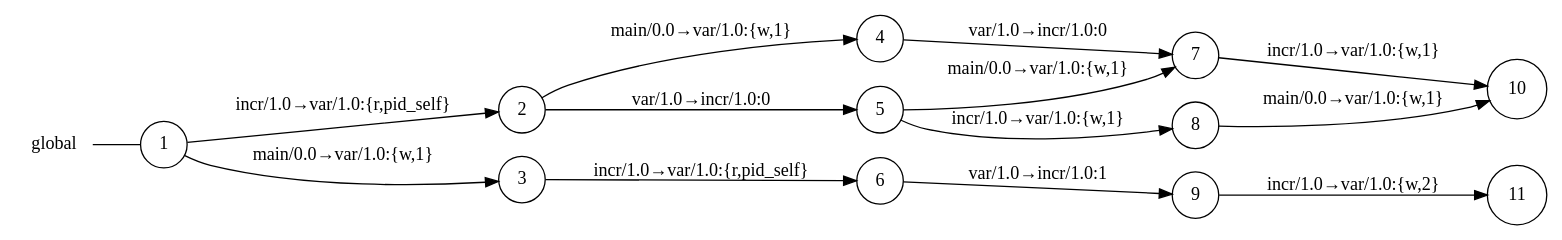
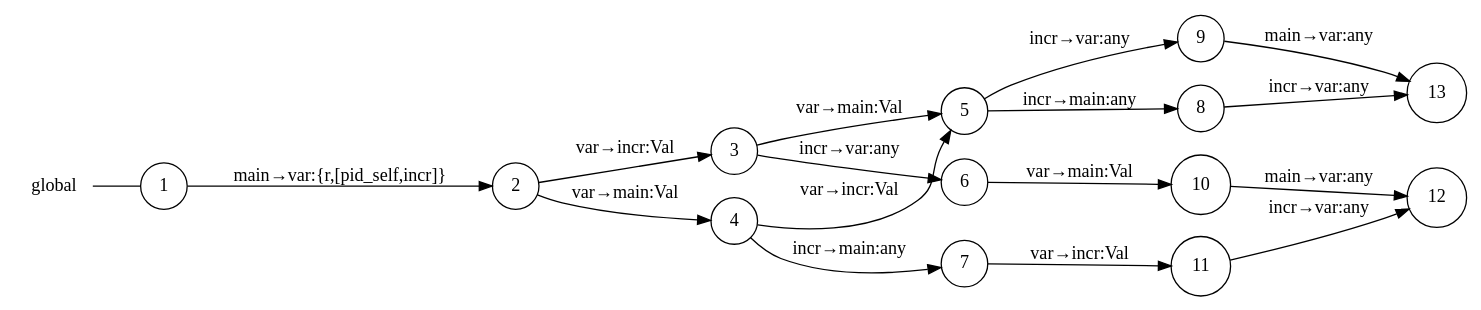
Before and after one commit to gabrielegenovese/chorer: the diagram in examples/cauder_suite/meViolation/correct_gv.dot, drawn with Graphviz. The commit also changed 1 other file, not shown here.

```diff
--- a/examples/cauder_suite/meViolation/correct_gv.dot
+++ b/examples/cauder_suite/meViolation/correct_gv.dot
@@ -1,30 +1,34 @@
 digraph global {
 	rankdir="LR";
 	n_0 [label="global", shape="plaintext"];
 	n_1 [id="1", shape=circle, label="1"];
 	n_0 -> n_1 [arrowhead=none];
-	n_1 [id="1", shape=circle, label="1"];
-	n_2 [id="2", shape=circle, label="2"];
-	n_3 [id="3", shape=circle, label="3"];
-	n_4 [id="4", shape=circle, label="4"];
-	n_5 [id="5", shape=circle, label="5"];
-	n_6 [id="6", shape=circle, label="6"];
-	n_7 [id="7", shape=circle, label="7"];
-	n_8 [id="8", shape=circle, label="8"];
-	n_9 [id="9", shape=circle, label="9"];
-	n_10 [id="10", shape=circle, label="10"];
-	n_11 [id="11", shape=circle, label="11"];
+	n_2 [shape=circle, label="2"];
+	n_3 [shape=circle, label="3"];
+	n_4 [shape=circle, label="4"];
+	n_5 [shape=circle, label="5"];
+	n_6 [shape=circle, label="6"];
+	n_7 [shape=circle, label="7"];
+	n_8 [shape=circle, label="8"];
+	n_9 [shape=circle, label="9"];
+	n_10 [shape=circle, label="10"];
+	n_11 [shape=circle, label="11"];
+	n_12 [shape=circle, label="12"];
+	n_13 [shape=circle, label="13"];
 
-	n_1 -> n_2 [label="incr/1.0→var/1.0:{r,pid_self}"];
-	n_1 -> n_3 [label="main/0.0→var/1.0:{w,1}"];
-	n_2 -> n_4 [label="main/0.0→var/1.0:{w,1}"];
-	n_2 -> n_5 [label="var/1.0→incr/1.0:0"];
-	n_3 -> n_6 [label="incr/1.0→var/1.0:{r,pid_self}"];
-	n_4 -> n_7 [label="var/1.0→incr/1.0:0"];
-	n_5 -> n_7 [label="main/0.0→var/1.0:{w,1}"];
-	n_5 -> n_8 [label="incr/1.0→var/1.0:{w,1}"];
-	n_6 -> n_9 [label="var/1.0→incr/1.0:1"];
-	n_7 -> n_10 [label="incr/1.0→var/1.0:{w,1}"];
-	n_8 -> n_10 [label="main/0.0→var/1.0:{w,1}"];
-	n_9 -> n_11 [label="incr/1.0→var/1.0:{w,2}"];
+	n_1 -> n_2 [label="main→var:{r,[pid_self,incr]}"]
+	n_2 -> n_3 [label="var→incr:Val"]
+	n_2 -> n_4 [label="var→main:Val"]
+	n_3 -> n_5  [label="var→main:Val"]
+	n_3 -> n_6 [label="incr→var:any"]
+	n_4 -> n_5 [label="var→incr:Val"]
+	n_4 -> n_7 [label="incr→main:any"]
+	n_5 -> n_8 [label="incr→main:any"]
+	n_5 -> n_9 [label="incr→var:any"]
+	n_6 -> n_10 [label="var→main:Val"]
+	n_7 -> n_11 [label="var→incr:Val"]
+	n_11 -> n_12 [label="incr→var:any"]
+	n_10 -> n_12 [label="main→var:any"]
+	n_9 -> n_13 [label="main→var:any"]
+	n_8 -> n_13 [label="incr→var:any"]
 }
```
